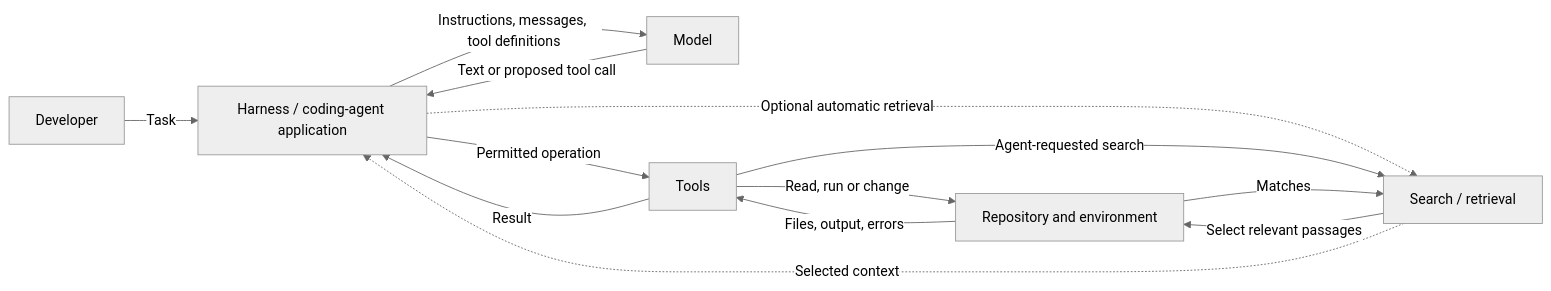
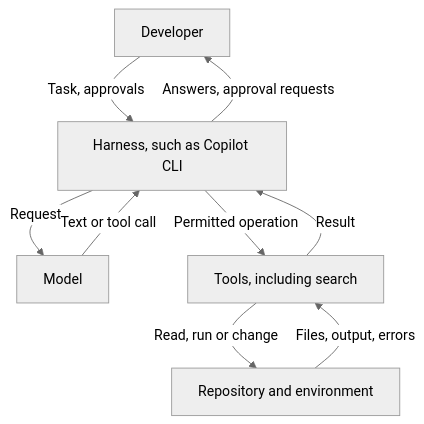
Before and after one commit to ho-henry-senior/ai-wiki: the diagram in content/articles/inside-coding-agent.md, drawn with Mermaid (neutral theme). The commit also changed other lines of this file and 2 other files, not shown here.

Commit message:
Audit explanatory diagrams for correctness and legibility (#260)
* Audit explanatory diagrams for correctness and legibility

Simplifies the coding-agent components diagram so its text is legible,
corrects the agile-roles handoff to match the RACI table, and removes a
misleading skills arrow from the repository diagram.

Closes #253

Claude-Session: https://claude.ai/code/session_01JnQ9CfsMTdhZCkoVjbip6H

* Make the human's approvals explicit in the handoffs diagram

Claude-Session: https://claude.ai/code/session_01JnQ9CfsMTdhZCkoVjbip6H

---------

````diff
--- a/content/articles/inside-coding-agent.md
+++ b/content/articles/inside-coding-agent.md
@@ -27,15 +27,11 @@
 ```mermaid
-flowchart LR
-    U["Developer"] -->|"Task"| H["Harness / coding-agent application"]
-    H -->|"Instructions, messages, tool definitions"| M["Model"]
-    M -->|"Text or proposed tool call"| H
-    H -->|"Permitted operation"| T["Tools"]
+flowchart TD
+    U["Developer"] -->|"Task, approvals"| H["Harness, such as Copilot CLI"]
+    H -->|"Answers, approval requests"| U
+    H -->|"Request"| M["Model"]
+    M -->|"Text or tool call"| H
+    H -->|"Permitted operation"| T["Tools, including search"]
     T -->|"Read, run or change"| E["Repository and environment"]
     E -->|"Files, output, errors"| T
     T -->|"Result"| H
-    H -.->|"Optional automatic retrieval"| S["Search / retrieval"]
-    T -->|"Agent-requested search"| S
-    S -->|"Select relevant passages"| E
-    E -->|"Matches"| S
-    S -.->|"Selected context"| H
 ```
````
